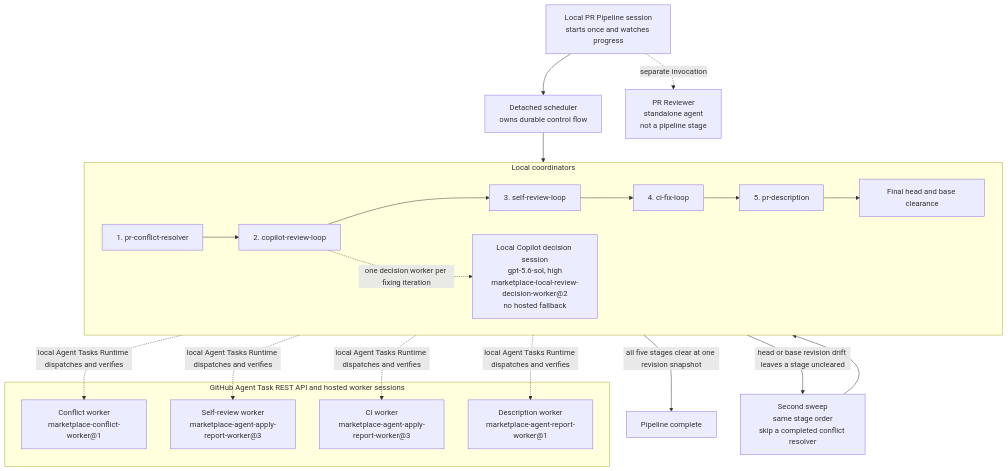
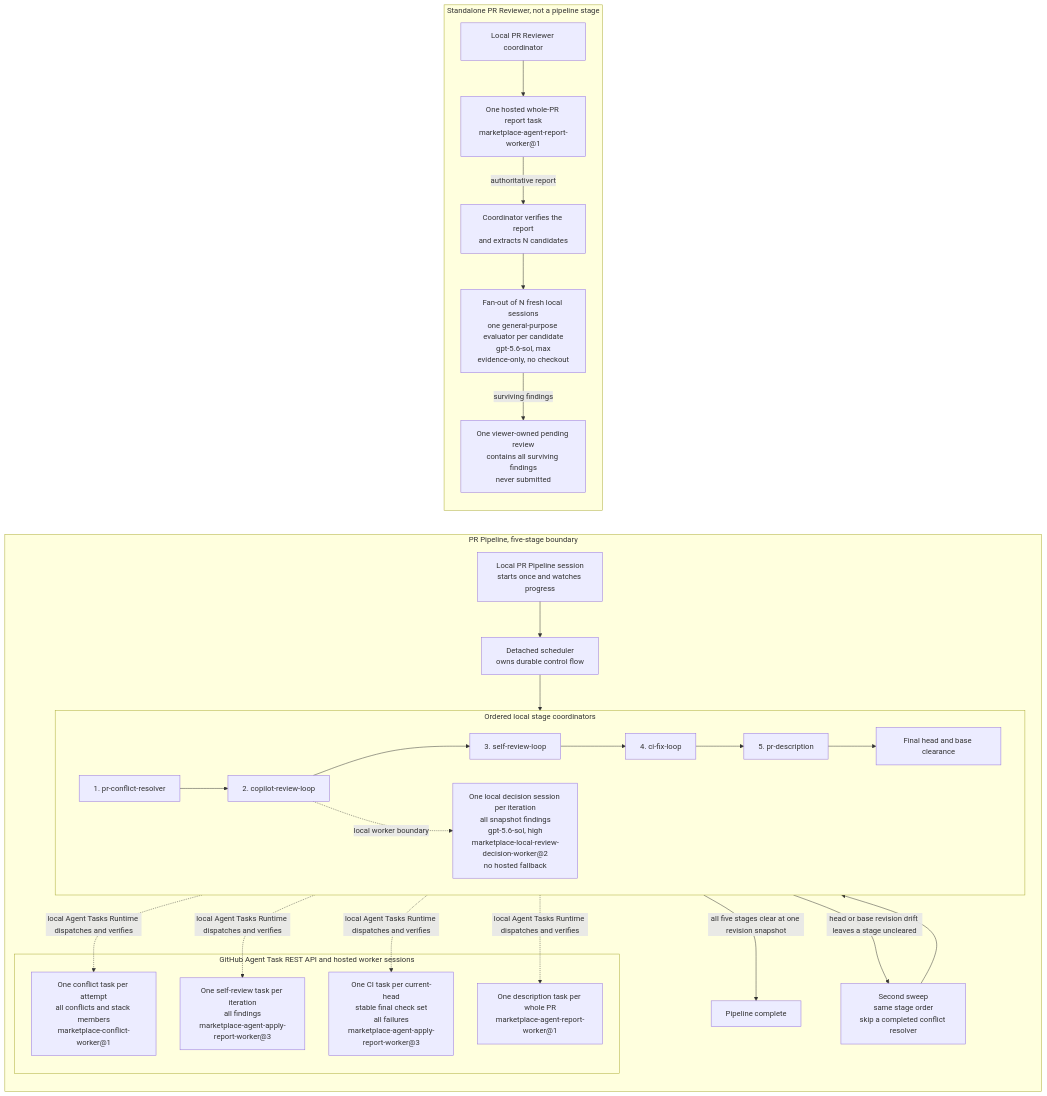
The diagram in plugins/pr-pipeline/README.md (trask/copilot-plugins), drawn with Mermaid before and after one commit. The commit also changed other lines of this file, not shown here.

Commit message:
Clarify PR Reviewer topology

````diff
--- a/plugins/pr-pipeline/README.md
+++ b/plugins/pr-pipeline/README.md
@@ -5,41 +5,55 @@
 ```mermaid
-flowchart TB
-    request["Local PR Pipeline session<br/>starts once and watches progress"]
-    scheduler["Detached scheduler<br/>owns durable control flow"]
-    reviewer["PR Reviewer<br/>standalone agent<br/>not a pipeline stage"]
+flowchart LR
+    subgraph pipeline["PR Pipeline, five-stage boundary"]
+        direction TB
+        request["Local PR Pipeline session<br/>starts once and watches progress"]
+        scheduler["Detached scheduler<br/>owns durable control flow"]
+        request --> scheduler
 
-    request --> scheduler
-    request -. "separate invocation" .-> reviewer
+        subgraph local["Ordered local stage coordinators"]
+            direction LR
+            conflict["1. pr-conflict-resolver"]
+            copilotReview["2. copilot-review-loop"]
+            selfReview["3. self-review-loop"]
+            ciFix["4. ci-fix-loop"]
+            description["5. pr-description"]
+            clearance["Final head and base clearance"]
 
-    subgraph local["Local coordinators"]
-        direction LR
-        conflict["1. pr-conflict-resolver"]
-        copilotReview["2. copilot-review-loop"]
-        selfReview["3. self-review-loop"]
-        ciFix["4. ci-fix-loop"]
-        description["5. pr-description"]
-        clearance["Final head and base clearance"]
+            conflict --> copilotReview --> selfReview --> ciFix --> description --> clearance
+            reviewWorker["One local decision session per iteration<br/>all snapshot findings<br/>gpt-5.6-sol, high<br/>marketplace-local-review-decision-worker@2<br/>no hosted fallback"]
+            copilotReview -. "local worker boundary" .-> reviewWorker
+        end
 
-        conflict --> copilotReview --> selfReview --> ciFix --> description --> clearance
-        reviewWorker["Local Copilot decision session<br/>gpt-5.6-sol, high<br/>marketplace-local-review-decision-worker@2<br/>no hosted fallback"]
-        copilotReview -. "one decision worker per fixing iteration" .-> reviewWorker
+        scheduler --> conflict
+
+        subgraph hosted["GitHub Agent Task REST API and hosted worker sessions"]
+            conflictWorker["One conflict task per attempt<br/>all conflicts and stack members<br/>marketplace-conflict-worker@1"]
+            selfReviewWorker["One self-review task per iteration<br/>all findings<br/>marketplace-agent-apply-report-worker@3"]
+            ciWorker["One CI task per current-head<br/>stable final check set<br/>all failures<br/>marketplace-agent-apply-report-worker@3"]
+            descriptionWorker["One description task per whole PR<br/>marketplace-agent-report-worker@1"]
+        end
+
+        conflict -. "local Agent Tasks Runtime dispatches and verifies" .-> conflictWorker
+        selfReview -. "local Agent Tasks Runtime dispatches and verifies" .-> selfReviewWorker
+        ciFix -. "local Agent Tasks Runtime dispatches and verifies" .-> ciWorker
+        description -. "local Agent Tasks Runtime dispatches and verifies" .-> descriptionWorker
+
+        clearance -->|"all five stages clear at one revision snapshot"| done["Pipeline complete"]
+        clearance -->|"head or base revision drift leaves a stage uncleared"| second["Second sweep<br/>same stage order<br/>skip a completed conflict resolver"]
+        second --> conflict
     end
 
-    scheduler --> conflict
+    subgraph reviewer["Standalone PR Reviewer, not a pipeline stage"]
+        direction TB
+        reviewerCoordinator["Local PR Reviewer coordinator"]
+        reviewerWorker["One hosted whole-PR report task<br/>marketplace-agent-report-worker@1"]
+        candidates["Coordinator verifies the report<br/>and extracts N candidates"]
+        evaluators["Fan-out of N fresh local sessions<br/>one general-purpose evaluator per candidate<br/>gpt-5.6-sol, max<br/>evidence-only, no checkout"]
+        pendingReview["One viewer-owned pending review<br/>contains all surviving findings<br/>never submitted"]
 
-    subgraph hosted["GitHub Agent Task REST API and hosted worker sessions"]
-        conflictWorker["Conflict worker<br/>marketplace-conflict-worker@1"]
-        selfReviewWorker["Self-review worker<br/>marketplace-agent-apply-report-worker@3"]
-        ciWorker["CI worker<br/>marketplace-agent-apply-report-worker@3"]
-        descriptionWorker["Description worker<br/>marketplace-agent-report-worker@1"]
+        reviewerCoordinator --> reviewerWorker
+        reviewerWorker -->|"authoritative report"| candidates
+        candidates --> evaluators
+        evaluators -->|"surviving findings"| pendingReview
     end
-
-    conflict -. "local Agent Tasks Runtime dispatches and verifies" .-> conflictWorker
-    selfReview -. "local Agent Tasks Runtime dispatches and verifies" .-> selfReviewWorker
-    ciFix -. "local Agent Tasks Runtime dispatches and verifies" .-> ciWorker
-    description -. "local Agent Tasks Runtime dispatches and verifies" .-> descriptionWorker
-
-    clearance -->|"all five stages clear at one revision snapshot"| done["Pipeline complete"]
-    clearance -->|"head or base revision drift leaves a stage uncleared"| second["Second sweep<br/>same stage order<br/>skip a completed conflict resolver"]
-    second --> conflict
 ```
````
